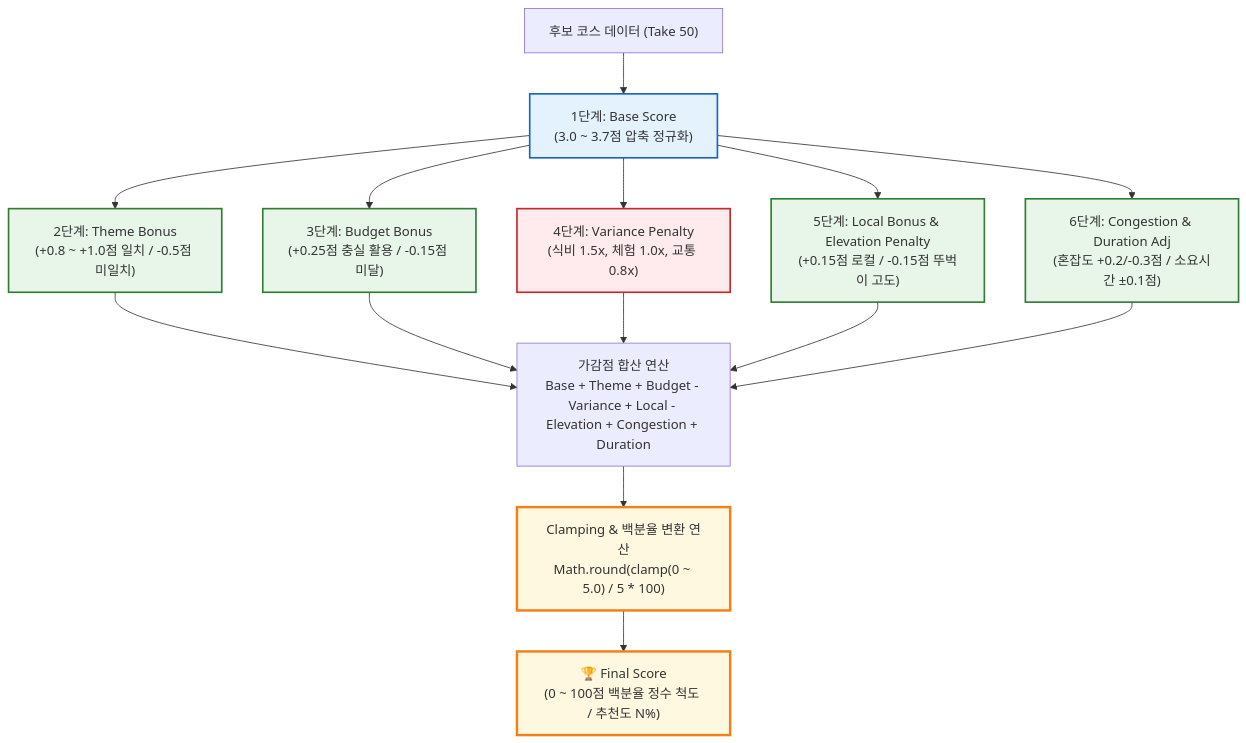
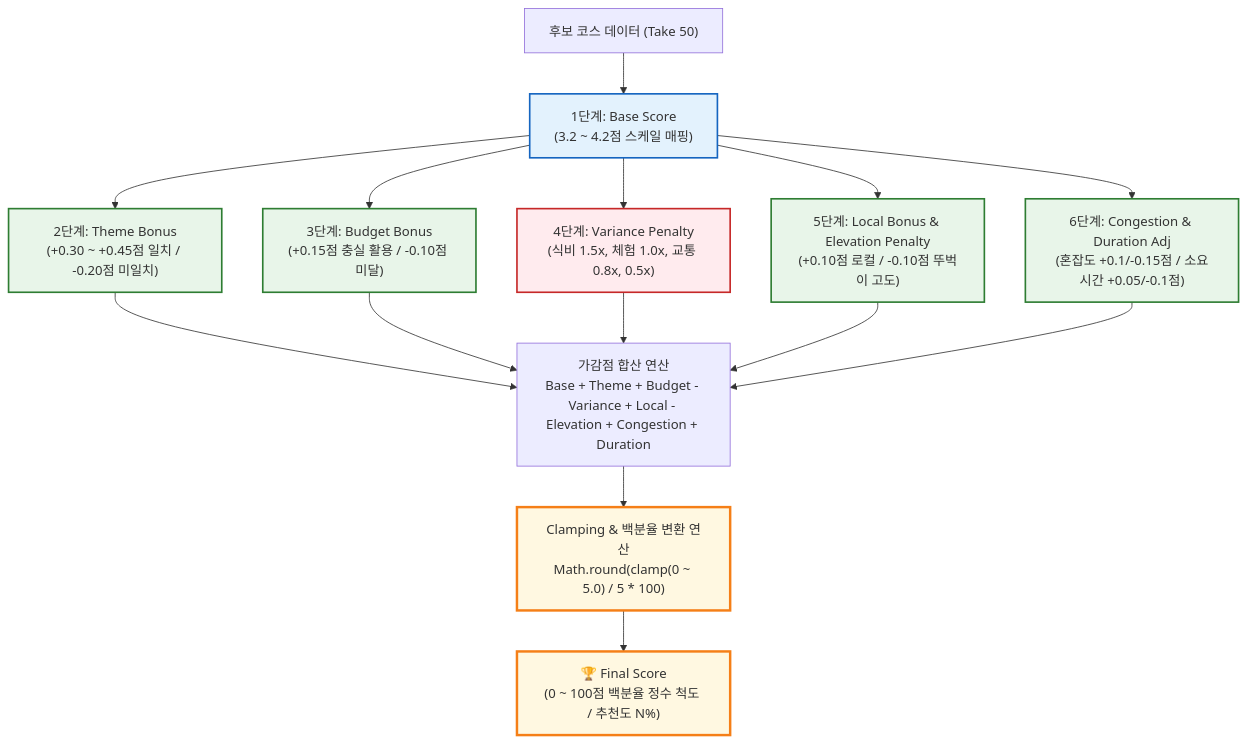
One commit to oiso-bagi/OISO-BE changed the third of 3 diagrams in docs/recommend-route-architecture.md. Above: the diagram before and after it, drawn with Mermaid. The commit also changed other lines of this file and 6 other files, not shown here.

````diff
--- a/docs/recommend-route-architecture.md
+++ b/docs/recommend-route-architecture.md
@@ -201,19 +200,19 @@
 ```mermaid
 flowchart TD
     classDef base fill:#e3f2fd,stroke:#1565c0,stroke-width:2px;
     classDef bonus fill:#e8f5e9,stroke:#2e7d32,stroke-width:2px;
     classDef penalty fill:#ffebee,stroke:#c62828,stroke-width:2px;
     classDef final fill:#fff8e1,stroke:#f57f17,stroke-width:3px;
 
-    Start["후보 코스 데이터 (Take 50)"] --> Step1["1단계: Base Score<br/>(3.0 ~ 3.7점 압축 정규화)"]:::base
+    Start["후보 코스 데이터 (Take 50)"] --> Step1["1단계: Base Score<br/>(3.2 ~ 4.2점 스케일 매핑)"]:::base
 
-    Step1 --> Step2["2단계: Theme Bonus<br/>(+0.8 ~ +1.0점 일치 / -0.5점 미일치)"]:::bonus
-    Step1 --> Step3["3단계: Budget Bonus<br/>(+0.25점 충실 활용 / -0.15점 미달)"]:::bonus
-    Step1 --> Step4["4단계: Variance Penalty<br/>(식비 1.5x, 체험 1.0x, 교통 0.8x)"]:::penalty
-    Step1 --> Step5["5단계: Local Bonus & Elevation Penalty<br/>(+0.15점 로컬 / -0.15점 뚜벅이 고도)"]:::bonus
-    Step1 --> Step6["6단계: Congestion & Duration Adj<br/>(혼잡도 +0.2/-0.3점 / 소요시간 ±0.1점)"]:::bonus
+    Step1 --> Step2["2단계: Theme Bonus<br/>(+0.30 ~ +0.45점 일치 / -0.20점 미일치)"]:::bonus
+    Step1 --> Step3["3단계: Budget Bonus<br/>(+0.15점 충실 활용 / -0.10점 미달)"]:::bonus
+    Step1 --> Step4["4단계: Variance Penalty<br/>(식비 1.5x, 체험 1.0x, 교통 0.8x, 0.5x)"]:::penalty
+    Step1 --> Step5["5단계: Local Bonus & Elevation Penalty<br/>(+0.10점 로컬 / -0.10점 뚜벅이 고도)"]:::bonus
+    Step1 --> Step6["6단계: Congestion & Duration Adj<br/>(혼잡도 +0.1/-0.15점 / 소요시간 +0.05/-0.1점)"]:::bonus
 
     Step2 & Step3 & Step4 & Step5 & Step6 --> Sum["가감점 합산 연산<br/>Base + Theme + Budget - Variance + Local - Elevation + Congestion + Duration"]
     Sum --> Clamp["Clamping & 백분율 변환 연산<br/>Math.round(clamp(0 ~ 5.0) / 5 * 100)"]:::final
     Clamp --> Output["🏆 Final Score<br/>(0 ~ 100점 백분율 정수 척도 / 추천도 N%)"]:::final
 ```
````
